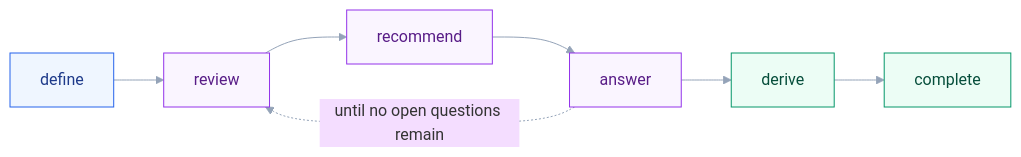
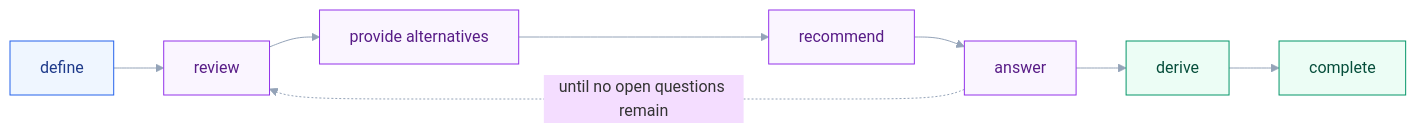
One commit to uHappyLogic/cairn changed the diagram in README.md. Above: the diagram before and after it, drawn with Mermaid. The commit also changed 4 other files, not shown here.

````diff
--- a/README.md
+++ b/README.md
@@ -30,20 +30,21 @@
 ```mermaid
 %%{init: {'theme':'base','themeVariables':{'fontFamily':'ui-sans-serif, system-ui','lineColor':'#94a3b8','primaryBorderColor':'#475569'},'flowchart':{'wrappingWidth':9999,'curve':'basis'}}}%%
 flowchart LR
     define["define"]
     review["review"]
+    alternatives["provide alternatives"]
     recommend["recommend"]
     answer["answer"]
     derive["derive"]
     complete["complete"]
 
-    define --> review --> recommend --> answer --> derive --> complete
+    define --> review --> alternatives --> recommend --> answer --> derive --> complete
     answer -.->|until no open questions remain| review
 
     classDef init fill:#eff6ff,stroke:#2563eb,color:#1e3a8a;
     classDef req fill:#faf5ff,stroke:#9333ea,color:#581c87;
     classDef auto fill:#ecfdf5,stroke:#059669,color:#064e3b;
     class define init;
-    class review,recommend,answer req;
+    class review,alternatives,recommend,answer req;
     class derive,complete auto;
 ```
````
